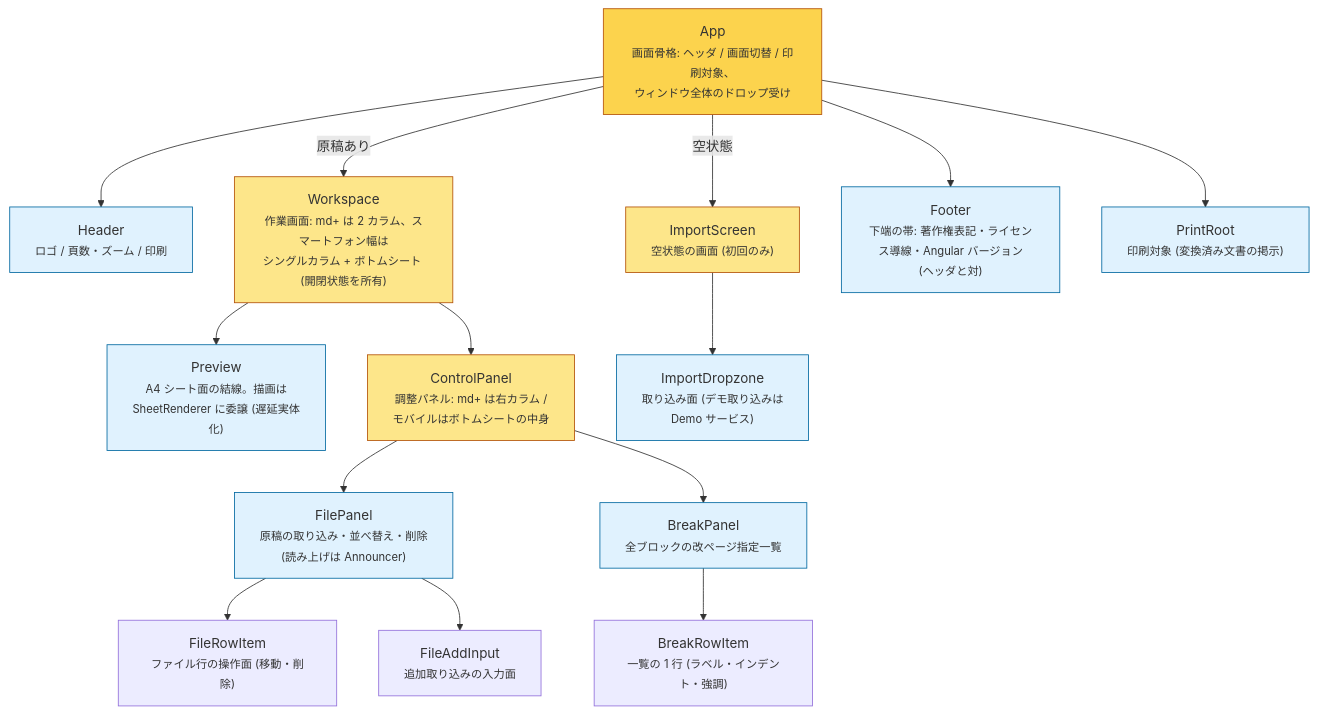
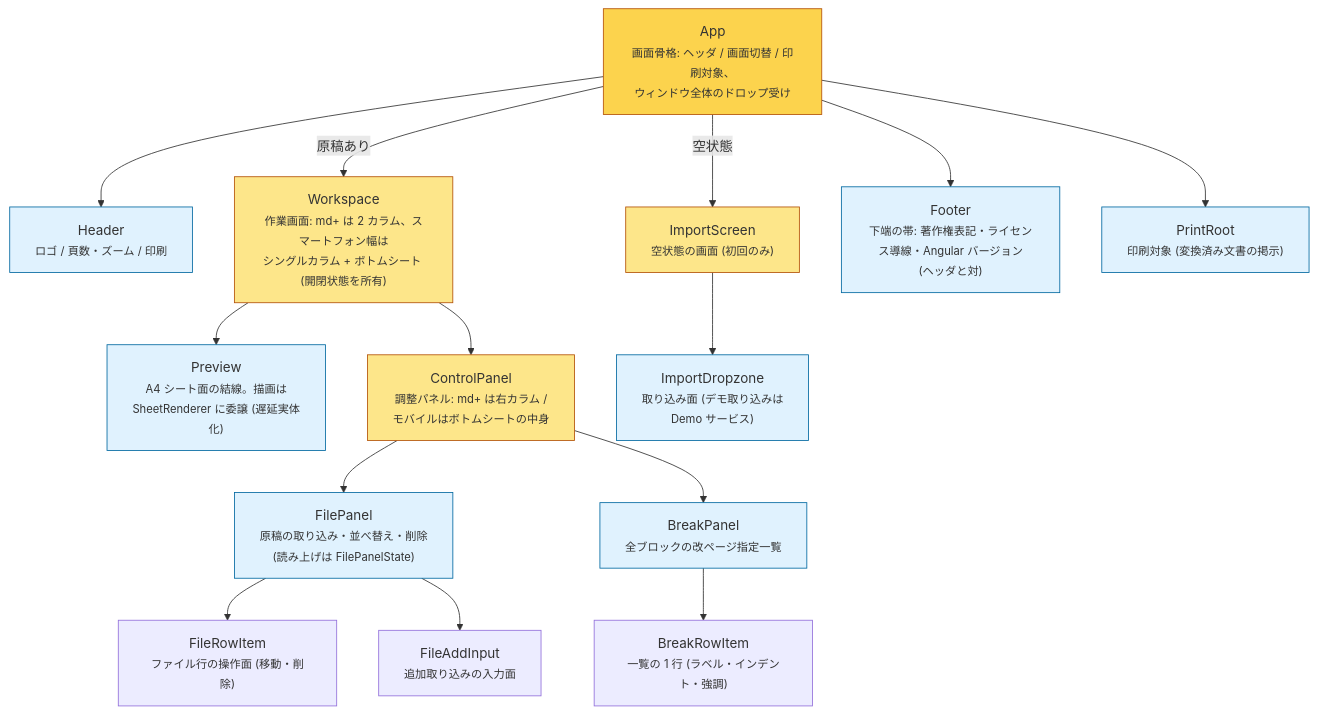
Before and after one commit to lacolaco/printmd: the diagram in docs/component-tree.md, drawn with Mermaid. The commit also changed other lines of this file and 24 other files, not shown here.

````diff
--- a/docs/component-tree.md
+++ b/docs/component-tree.md
@@ -6,38 +6,38 @@
 ```mermaid
 flowchart TB
   APP["App<br/><small>画面骨格: ヘッダ / 画面切替 / 印刷対象、<br/>ウィンドウ全体のドロップ受け</small>"]
   HEADER["Header<br/><small>ロゴ / 頁数・ズーム / 印刷</small>"]
   WS["Workspace<br/><small>作業画面: md+ は 2 カラム、スマートフォン幅は<br/>シングルカラム + ボトムシート (開閉状態を所有)</small>"]
   IMPORT["ImportScreen<br/><small>空状態の画面 (初回のみ)</small>"]
   PREVIEW["Preview<br/><small>A4 シート面の結線。描画は<br/>SheetRenderer に委譲 (遅延実体化)</small>"]
   PANEL["ControlPanel<br/><small>調整パネル: md+ は右カラム /<br/>モバイルはボトムシートの中身</small>"]
-  FILEP["FilePanel<br/><small>原稿の取り込み・並べ替え・削除<br/>(読み上げは Announcer)</small>"]
+  FILEP["FilePanel<br/><small>原稿の取り込み・並べ替え・削除<br/>(読み上げは FilePanelState)</small>"]
   BREAKP["BreakPanel<br/><small>全ブロックの改ページ指定一覧</small>"]
   BREAKROW["BreakRowItem<br/><small>一覧の 1 行 (ラベル・インデント・強調)</small>"]
   FILEROW["FileRowItem<br/><small>ファイル行の操作面 (移動・削除)</small>"]
   FILEADD["FileAddInput<br/><small>追加取り込みの入力面</small>"]
   FOOTER["Footer<br/><small>下端の帯: 著作権表記・ライセンス導線・Angular バージョン<br/>(ヘッダと対)</small>"]
   DROP["ImportDropzone<br/><small>取り込み面 (デモ取り込みは<br/>Demo サービス)</small>"]
   PRINT["PrintRoot<br/><small>印刷対象 (変換済み文書の掲示)</small>"]
 
   APP --> HEADER
   APP --> FOOTER
   APP -->|"原稿あり"| WS
   APP -->|"空状態"| IMPORT
   APP --> PRINT
   WS --> PREVIEW
   WS --> PANEL
   PANEL --> FILEP
   PANEL --> BREAKP
   BREAKP --> BREAKROW
   FILEP --> FILEROW
   FILEP --> FILEADD
   IMPORT --> DROP
 
   classDef shell fill:#fcd34d,stroke:#b45309
   classDef layout fill:#fde68a,stroke:#b45309
   classDef leaf fill:#e0f2fe,stroke:#0369a1
   class APP shell
   class WS,PANEL,IMPORT layout
   class HEADER,PREVIEW,FILEP,BREAKP,FOOTER,DROP,PRINT leaf
 ```
````
